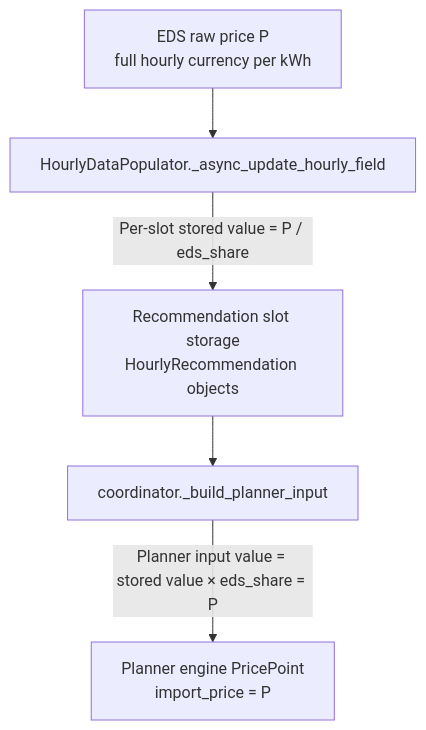
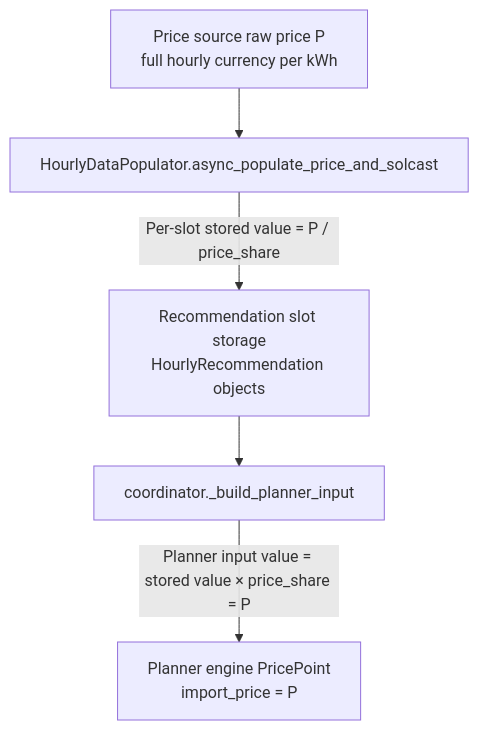
One commit to woopstar/hsem changed the diagram in docs/price-scaling.md. Above: the diagram before and after it, drawn with Mermaid. The commit also changed other lines of this file and 8 other files, not shown here.

````diff
--- a/docs/price-scaling.md
+++ b/docs/price-scaling.md
@@ -36,13 +39,13 @@
 ```mermaid
 flowchart TD
-    A[EDS raw price P\nfull hourly currency per kWh]
-    B[HourlyDataPopulator._async_update_hourly_field]
+    A[Price source raw price P\nfull hourly currency per kWh]
+    B[HourlyDataPopulator.async_populate_price_and_solcast]
     C[Recommendation slot storage\nHourlyRecommendation objects]
     D[coordinator._build_planner_input]
     E[Planner engine PricePoint\nimport_price = P]
 
     A --> B
-    B -->|Per-slot stored value = P / eds_share| C
+    B -->|Per-slot stored value = P / price_share| C
     C --> D
-    D -->|Planner input value = stored value × eds_share = P| E
+    D -->|Planner input value = stored value × price_share = P| E
 ```
````
